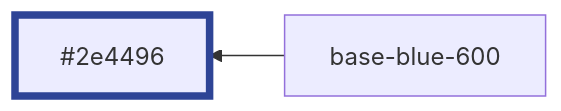
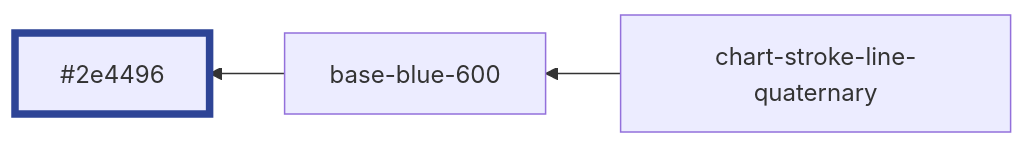
Diagram 17 of 29 in libs/ui/styles/themes/operator-mode.md (oxidecomputer/console), drawn with Mermaid before and after one commit. The commit also changed other lines of this file and 4 other files, not shown here.

````diff
--- a/libs/ui/styles/themes/operator-mode.md
+++ b/libs/ui/styles/themes/operator-mode.md
@@ -157,6 +237,7 @@
 ```mermaid
 graph RL
   base-blue-600 --> #2e4496:::base-blue-600
+  chart-stroke-line-quaternary --> base-blue-600
 
   classDef base-blue-600 stroke-width:5,stroke:#2e4496
 ```
````
